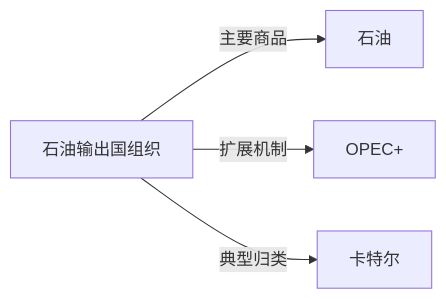
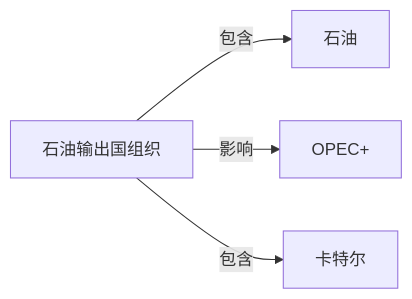
Before and after one commit to KIMMCHOW/MyKnowledge: the diagram in Knowledge/Concepts/经济/石油输出国组织.md, drawn with Mermaid. The commit also changed 95 other files, not shown here.

Commit message:
reorganize: 统一关系图边标签为11类

````diff
--- a/Knowledge/Concepts/经济/石油输出国组织.md
+++ b/Knowledge/Concepts/经济/石油输出国组织.md
@@ -42,6 +42,6 @@
 ```mermaid
 graph LR
-石油输出国组织 -->|主要商品| 石油
-石油输出国组织 -->|扩展机制| OPEC+
-石油输出国组织 -->|典型归类| 卡特尔
+石油输出国组织 -->|包含| 石油
+石油输出国组织 -->|影响| OPEC+
+石油输出国组织 -->|包含| 卡特尔
 ```
````
